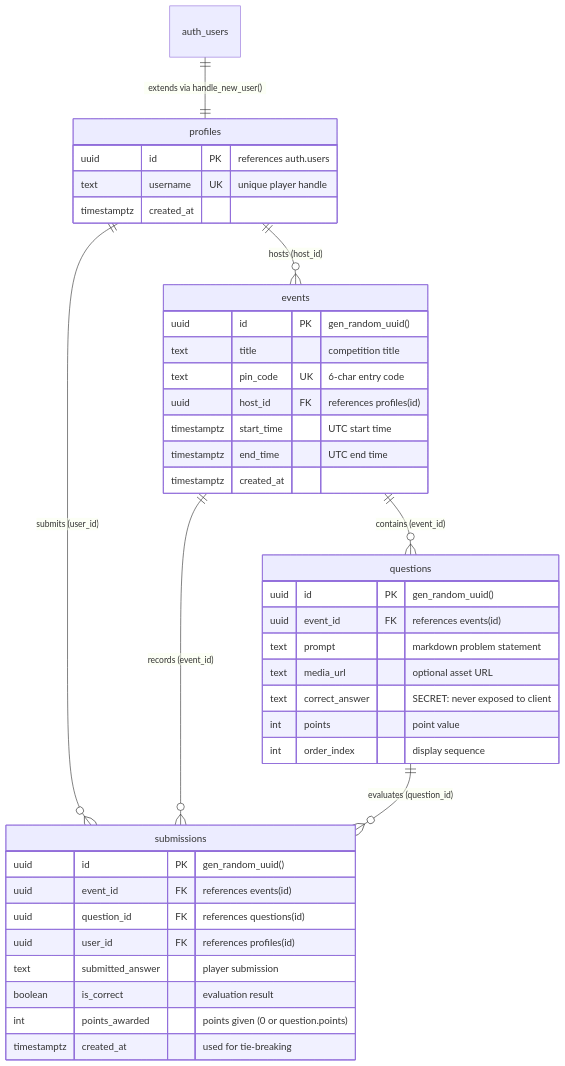
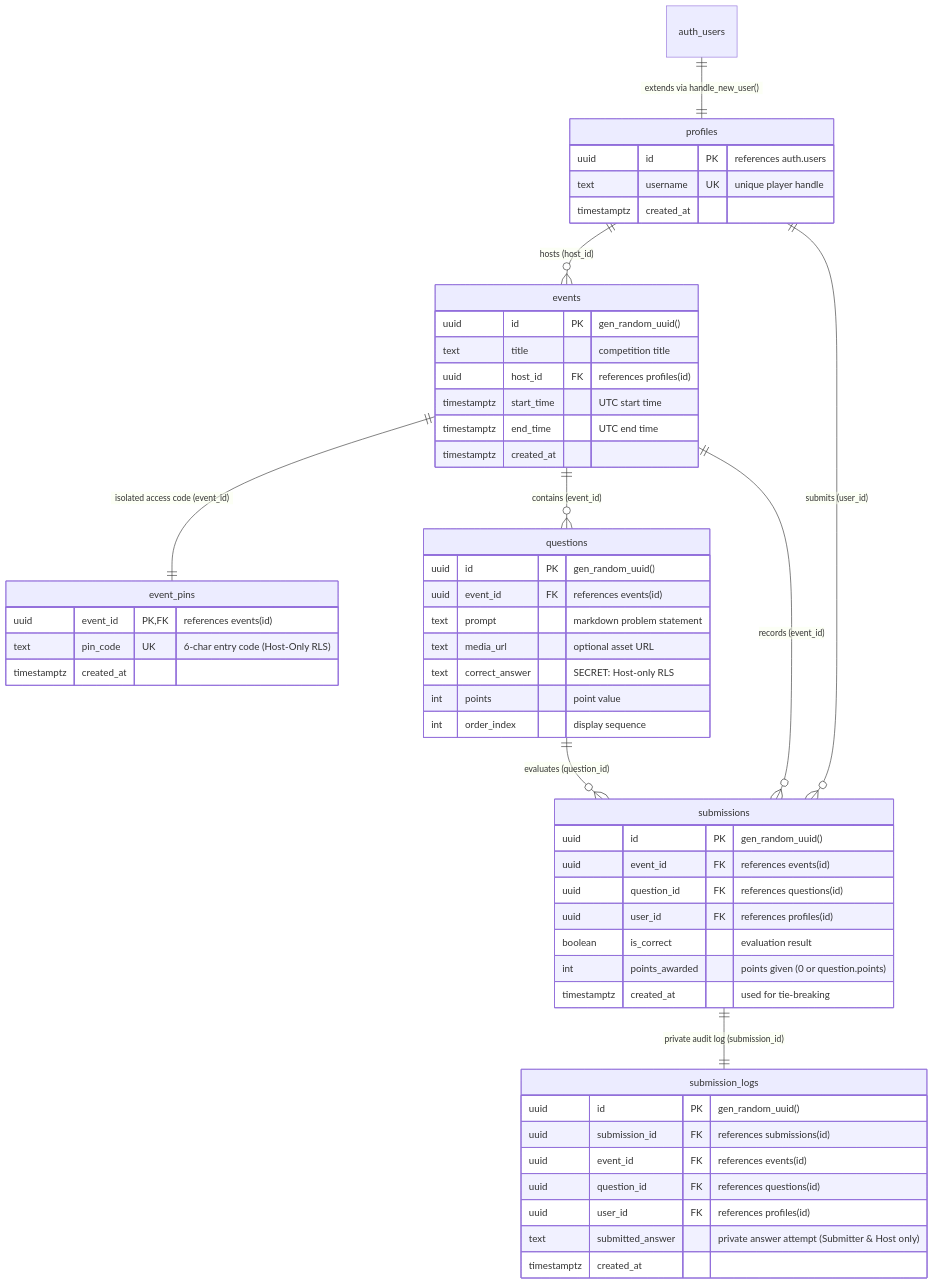
The diagram in docs/architecture/DATABASE.md (Joydeep2005Banik/CTFy), drawn with Mermaid before and after one commit. The commit also changed other lines of this file and 9 other files, not shown here.

Commit message:
refactor: secure event PINs and submissions using isolated tables and admin client checks

````diff
--- a/docs/architecture/DATABASE.md
+++ b/docs/architecture/DATABASE.md
@@ -26,46 +28,62 @@
 ```mermaid
 erDiagram
     auth_users ||--|| profiles : "extends via handle_new_user()"
     profiles ||--o{ events : "hosts (host_id)"
-    profiles ||--o{ submissions : "submits (user_id)"
+    events ||--|| event_pins : "isolated access code (event_id)"
     events ||--o{ questions : "contains (event_id)"
     events ||--o{ submissions : "records (event_id)"
+    profiles ||--o{ submissions : "submits (user_id)"
     questions ||--o{ submissions : "evaluates (question_id)"
+    submissions ||--|| submission_logs : "private audit log (submission_id)"
 
     profiles {
         uuid id PK "references auth.users"
         text username UK "unique player handle"
         timestamptz created_at
     }
 
     events {
         uuid id PK "gen_random_uuid()"
         text title "competition title"
-        text pin_code UK "6-char entry code"
         uuid host_id FK "references profiles(id)"
         timestamptz start_time "UTC start time"
         timestamptz end_time "UTC end time"
+        timestamptz created_at
+    }
+
+    event_pins {
+        uuid event_id PK,FK "references events(id)"
+        text pin_code UK "6-char entry code (Host-Only RLS)"
         timestamptz created_at
     }
 
     questions {
         uuid id PK "gen_random_uuid()"
         uuid event_id FK "references events(id)"
         text prompt "markdown problem statement"
         text media_url "optional asset URL"
-        text correct_answer "SECRET: never exposed to client"
+        text correct_answer "SECRET: Host-only RLS"
         int points "point value"
         int order_index "display sequence"
     }
 
     submissions {
         uuid id PK "gen_random_uuid()"
         uuid event_id FK "references events(id)"
         uuid question_id FK "references questions(id)"
         uuid user_id FK "references profiles(id)"
-        text submitted_answer "player submission"
         boolean is_correct "evaluation result"
         int points_awarded "points given (0 or question.points)"
         timestamptz created_at "used for tie-breaking"
     }
+
+    submission_logs {
+        uuid id PK "gen_random_uuid()"
+        uuid submission_id FK "references submissions(id)"
+        uuid event_id FK "references events(id)"
+        uuid question_id FK "references questions(id)"
+        uuid user_id FK "references profiles(id)"
+        text submitted_answer "private answer attempt (Submitter & Host only)"
+        timestamptz created_at
+    }
 ```
````
